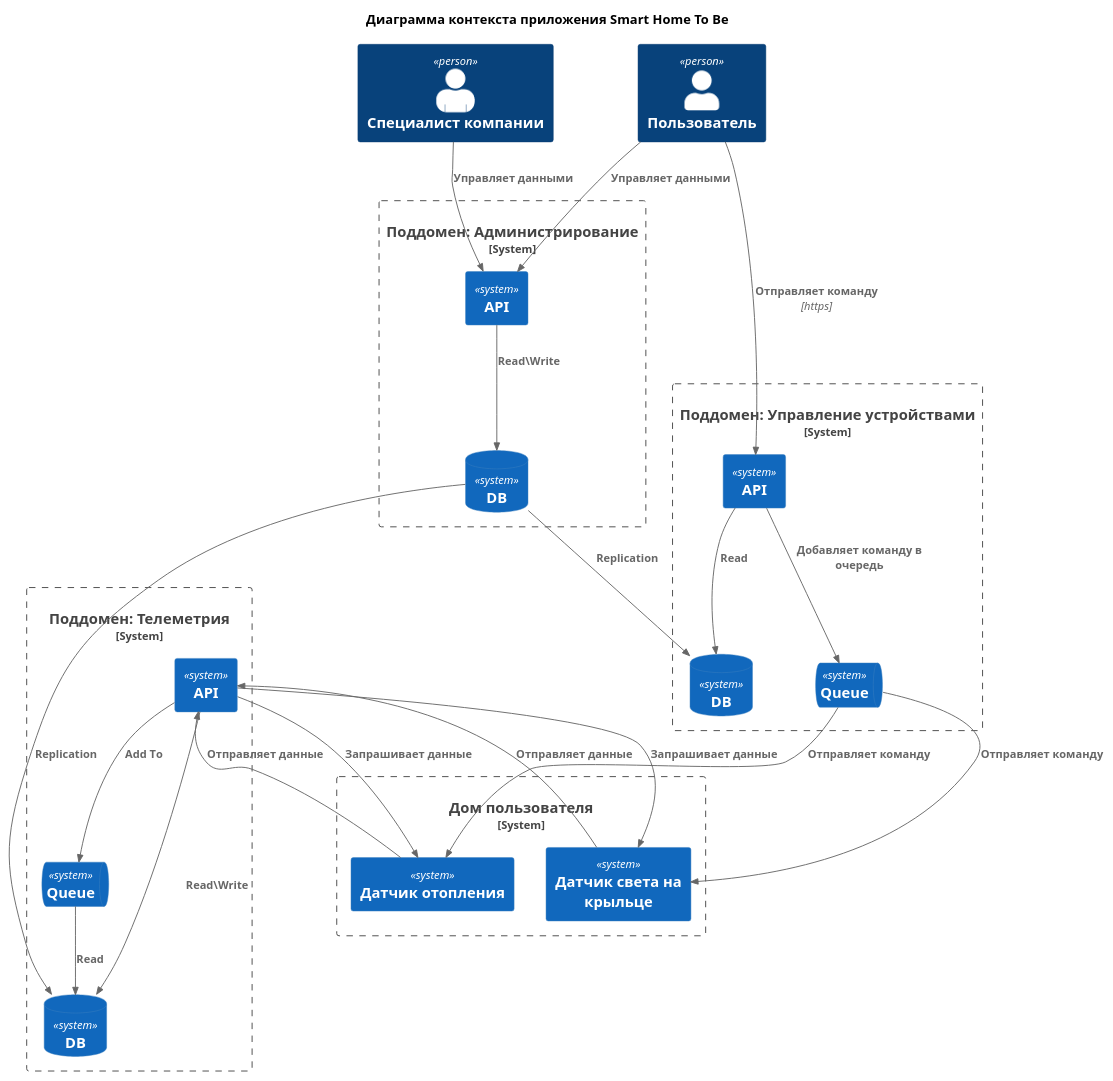
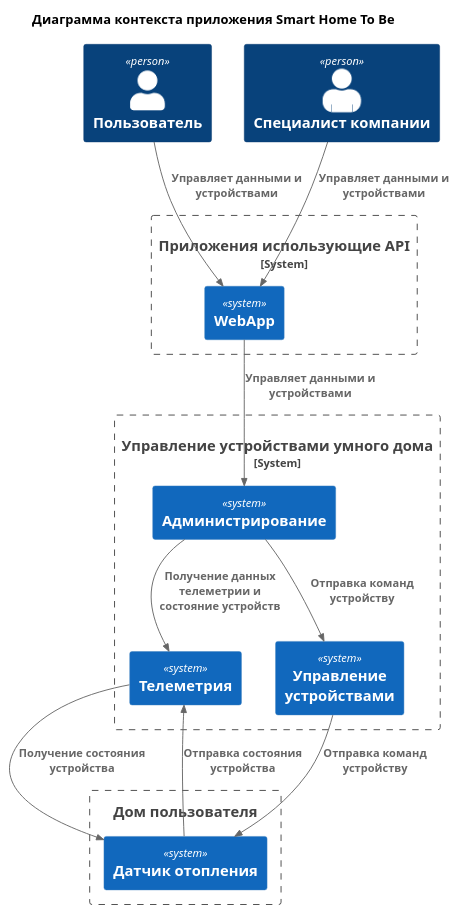
Before and after one commit to bezdelnique/ydnx-arch-sprint1: the diagram in docs/To Be Context.puml, drawn with PlantUML. The commit also changed 4 other files, not shown here.

Commit message:
To Be C4 diagrams

```diff
--- a/docs/To Be Context.puml
+++ b/docs/To Be Context.puml
@@ -1,58 +1,40 @@
 @startuml
 title "Диаграмма контекста приложения Smart Home To Be"
 
 top to bottom direction
 
 !include C4/C4_Context.puml
 
 Person(User, "Пользователь")
 Person(Specialist, "Специалист компании", "", person2)
 
-System_Boundary(UserHome, "Дом пользователя") {
-    System(SensorHeating, "Датчик отопления")
-    System(SensorLight, "Датчик света на крыльце")
+System_Boundary(SmartHomeApp, "Приложения использующие API") {
+    System(WebApp, "WebApp")
 }
 
-System_Boundary(SubdomainTelemetry, "Поддомен: Телеметрия") {
-    System(TelemetryApi, "API")
-    SystemDb(TelemetryDb, "DB")
-    SystemQueue(TelemetryQueue, "Queue")
+System_Boundary(SmartHomeApi, "Управление устройствами умного дома") {
+    System(Administration, "Администрирование")
+    System(Telemetry, "Телеметрия")
+    System(ManageDevice, "Управление устройствами")
 }
 
-System_Boundary(SubdomainManageDevice, "Поддомен: Управление устройствами") {
-    System(ManageDeviceApi, "API")
-    SystemDb(ManageDeviceDb, "DB")
-    SystemQueue(ManageDeviceQueue, "Queue")
-}
-
-System_Boundary(SubdomainAdministration, "Поддомен: Администрирование") {
-    System(AdministrationApi, "API")
-    SystemDb(AdministrationDb, "DB")
+Boundary(UserHome, "Дом пользователя") {
+    System(SensorHeating, "Датчик отопления")
 }
 
 
-Rel(TelemetryApi, TelemetryDb, "Read\Write")
-Rel(TelemetryApi, TelemetryQueue, "Add To")
-Rel(TelemetryQueue, TelemetryDb, "Read")
+Rel(User, WebApp, "Управляет данными и устройствами")
+Rel(Specialist, WebApp, "Управляет данными и устройствами")
 
-Rel(SensorLight, TelemetryApi, "Отправляет данные")
-Rel(TelemetryApi, SensorLight, "Запрашивает данные")
+Rel(WebApp, Administration, "Управляет данными и устройствами")
 
-Rel(SensorHeating, TelemetryApi, "Отправляет данные")
-Rel(TelemetryApi, SensorHeating, "Запрашивает данные")
+Rel(Administration, Telemetry, "Получение данных телеметрии и состояние устройств")
+Rel(Administration, ManageDevice, "Отправка команд устройству")
 
-Rel(ManageDeviceApi, ManageDeviceDb, "Read")
-Rel(AdministrationApi, AdministrationDb, "Read\Write")
-Rel(AdministrationDb, ManageDeviceDb, "Replication")
-Rel(AdministrationDb, TelemetryDb, "Replication")
-
-Rel(User, ManageDeviceApi, "Отправляет команду", "https")
-Rel(ManageDeviceApi, ManageDeviceQueue, "Добавляет команду в очередь")
-Rel(ManageDeviceQueue, SensorLight, "Отправляет команду")
-Rel(ManageDeviceQueue, SensorHeating, "Отправляет команду")
+Rel(Telemetry, SensorHeating, "Получение состояния устройства")
+Rel(SensorHeating, Telemetry, "Отправка состояния устройства")
+Rel(ManageDevice, SensorHeating, "Отправка команд устройству")
 
 
-Rel(Specialist, AdministrationApi, "Управляет данными")
-Rel(User, AdministrationApi, "Управляет данными")
 
 @enduml
```
